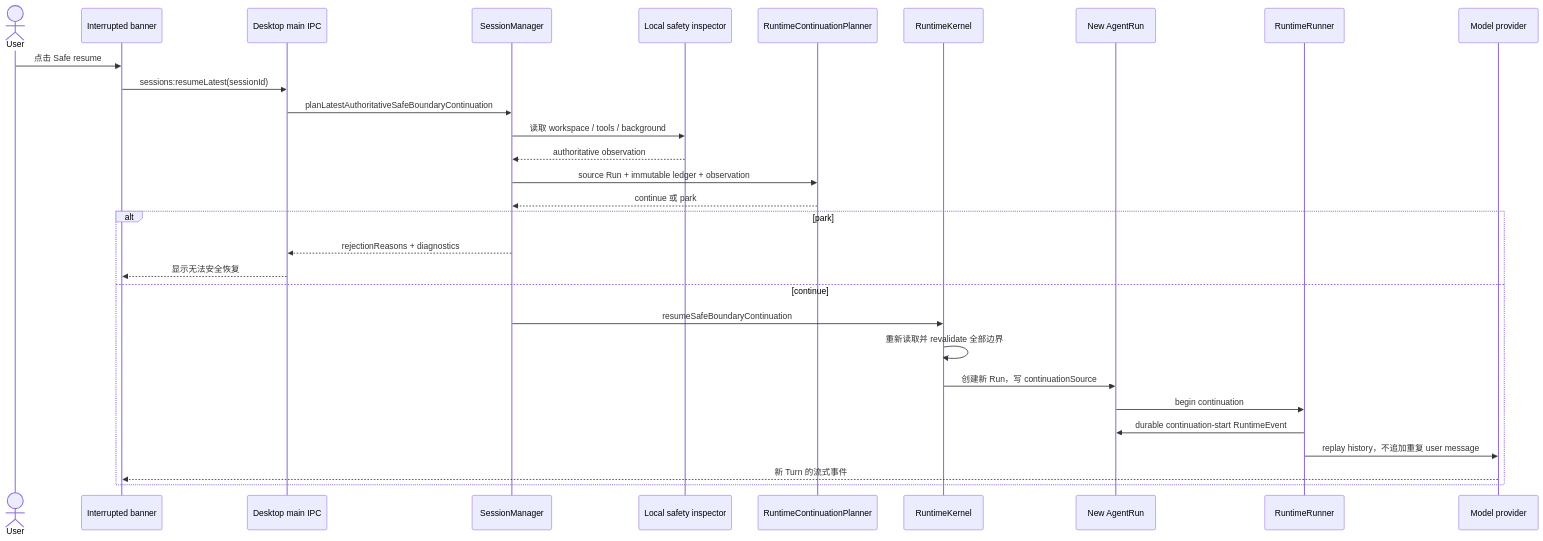
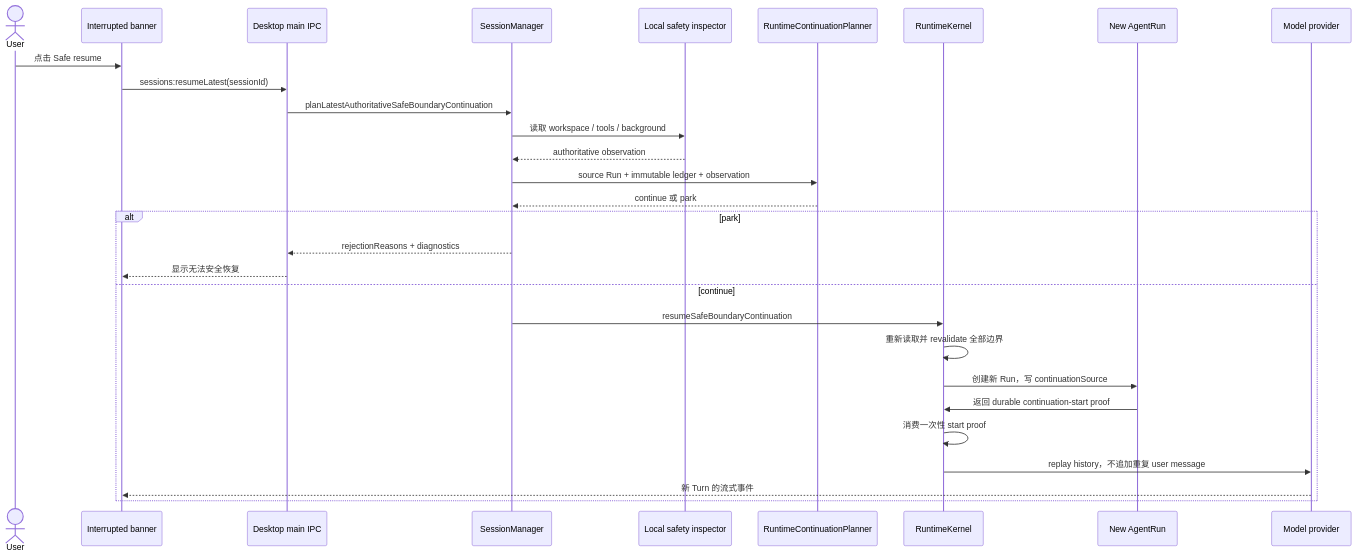
One commit to 1625567290/maka-agent changed the seventh of 13 diagrams in docs/architecture/runtime-resume-architecture.zh-CN.md. Above: the diagram before and after it, drawn with Mermaid. The commit also changed other lines of this file and 38 other files, not shown here.

Commit message:
refactor(runtime): collapse runner shell into kernel (#3718)

````diff
--- a/docs/architecture/runtime-resume-architecture.zh-CN.md
+++ b/docs/architecture/runtime-resume-architecture.zh-CN.md
@@ -466,33 +466,33 @@
 ```mermaid
 sequenceDiagram
   actor User as User
   participant UI as Interrupted banner
   participant IPC as Desktop main IPC
   participant SM as SessionManager
   participant Inspector as Local safety inspector
   participant Planner as RuntimeContinuationPlanner
   participant Kernel as RuntimeKernel
   participant Run as New AgentRun
-  participant Runner as RuntimeRunner
+  participant Kernel as RuntimeKernel
   participant Provider as Model provider
 
   User->>UI: 点击 Safe resume
   UI->>IPC: sessions:resumeLatest(sessionId)
   IPC->>SM: planLatestAuthoritativeSafeBoundaryContinuation
   SM->>Inspector: 读取 workspace / tools / background
   Inspector-->>SM: authoritative observation
   SM->>Planner: source Run + immutable ledger + observation
   Planner-->>SM: continue 或 park
   alt park
     SM-->>IPC: rejectionReasons + diagnostics
     IPC-->>UI: 显示无法安全恢复
   else continue
     SM->>Kernel: resumeSafeBoundaryContinuation
     Kernel->>Kernel: 重新读取并 revalidate 全部边界
     Kernel->>Run: 创建新 Run，写 continuationSource
-    Run->>Runner: begin continuation
-    Runner->>Run: durable continuation-start RuntimeEvent
-    Runner->>Provider: replay history，不追加重复 user message
+    Run->>Kernel: 返回 durable continuation-start proof
+    Kernel->>Kernel: 消费一次性 start proof
+    Kernel->>Provider: replay history，不追加重复 user message
     Provider-->>UI: 新 Turn 的流式事件
   end
 ```
````
